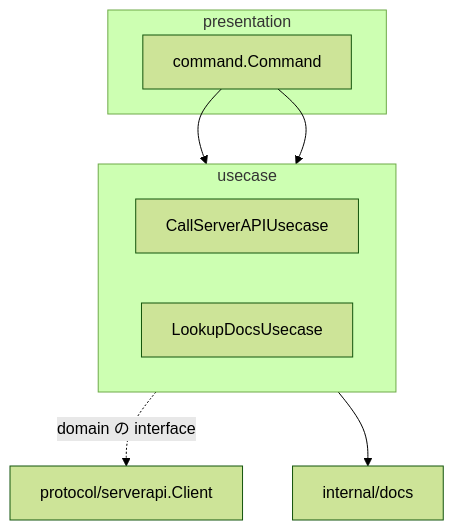
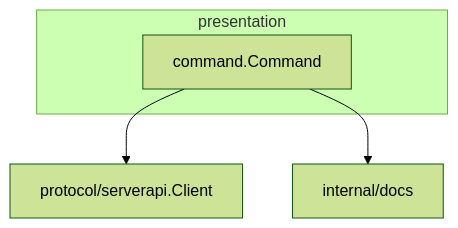
One commit to kakkky/gorviz changed the fifth of 13 diagrams in docs/architecture.md. Above: the diagram before and after it, drawn with Mermaid (forest theme). The commit also changed other lines of this file, not shown here.

Commit message:
docs: draw each component's layers and the processing flows as diagrams, split the interceptor and the web handlers out of the server's presentation, keep the cli and the mcp thin over the server API, and name things after what they do

````diff
--- a/docs/architecture.md
+++ b/docs/architecture.md
@@ -247,18 +257,11 @@
 ```mermaid
 flowchart TD
     subgraph presentation["presentation"]
         Command["command.Command"]
     end
-    subgraph usecase["usecase"]
-        direction LR
-        CallServerAPIUsecase
-        LookupDocsUsecase
-    end
     ServerAPIClient["protocol/serverapi.Client"]
     Docs["internal/docs"]
 
-    Command --> CallServerAPIUsecase
-    Command --> LookupDocsUsecase
-    CallServerAPIUsecase -. domain の interface .-> ServerAPIClient
-    LookupDocsUsecase --> Docs
+    Command --> ServerAPIClient
+    Command --> Docs
 ```
````
